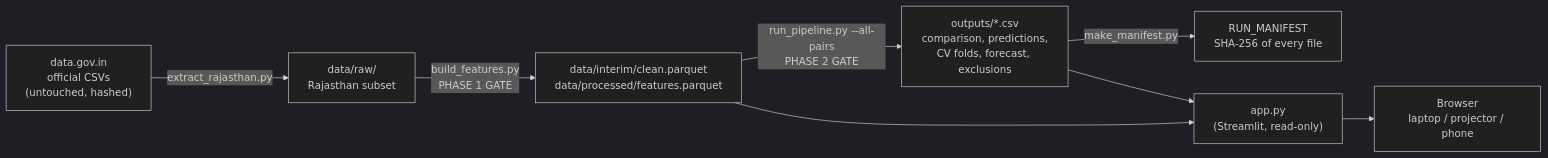
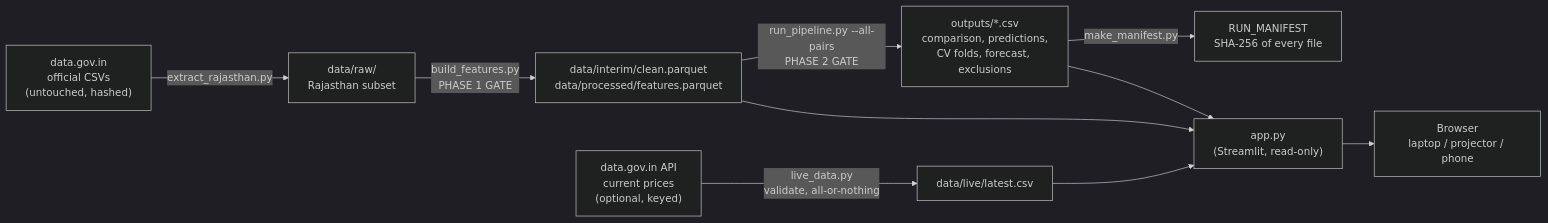
Before and after one commit to vishnu-keer/mandimitra: the diagram in docs/ARCHITECTURE.md, drawn with Mermaid (dark theme). The commit also changed other lines of this file and 86 other files, not shown here.

````diff
--- a/docs/ARCHITECTURE.md
+++ b/docs/ARCHITECTURE.md
@@ -7,10 +7,12 @@
 ```mermaid
 flowchart LR
     A["data.gov.in<br/>official CSVs<br/>(untouched, hashed)"] -->|extract_rajasthan.py| B["data/raw/<br/>Rajasthan subset"]
     B -->|build_features.py<br/>PHASE 1 GATE| C["data/interim/clean.parquet<br/>data/processed/features.parquet"]
     C -->|run_pipeline.py --all-pairs<br/>PHASE 2 GATE| D["outputs/*.csv<br/>comparison, predictions,<br/>CV folds, forecast, exclusions"]
     D -->|make_manifest.py| E["RUN_MANIFEST<br/>SHA-256 of every file"]
     C --> F["app.py<br/>(Streamlit, read-only)"]
+    L["data.gov.in API<br/>current prices<br/>(optional, keyed)"] -->|live_data.py<br/>validate, all-or-nothing| M["data/live/latest.csv"]
+    M --> F
     D --> F
     F --> G["Browser<br/>laptop / projector / phone"]
 ```
````
